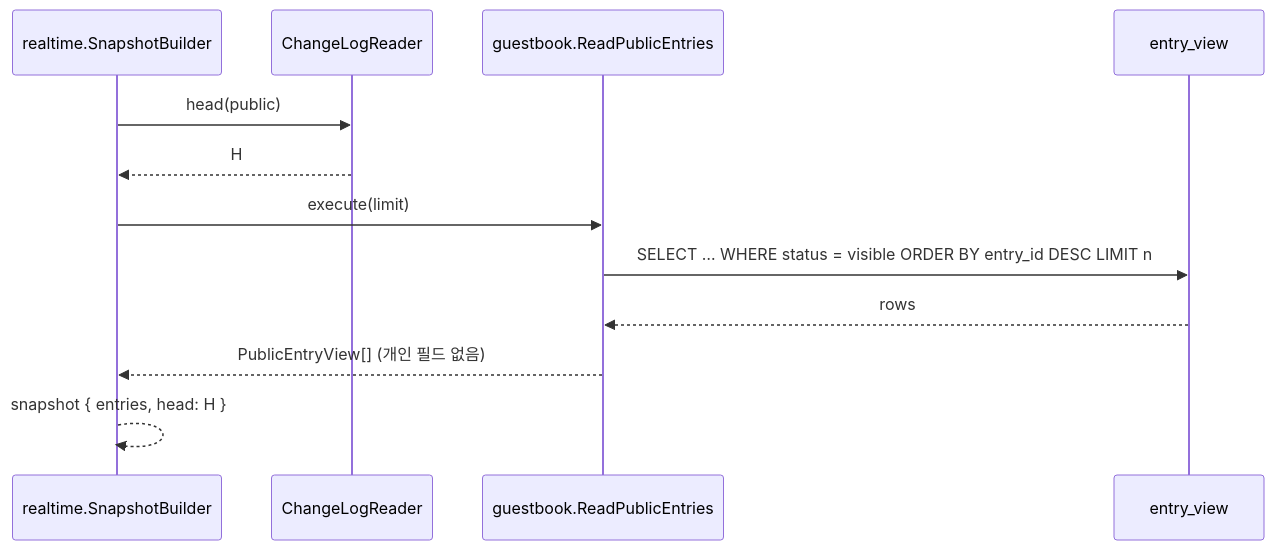
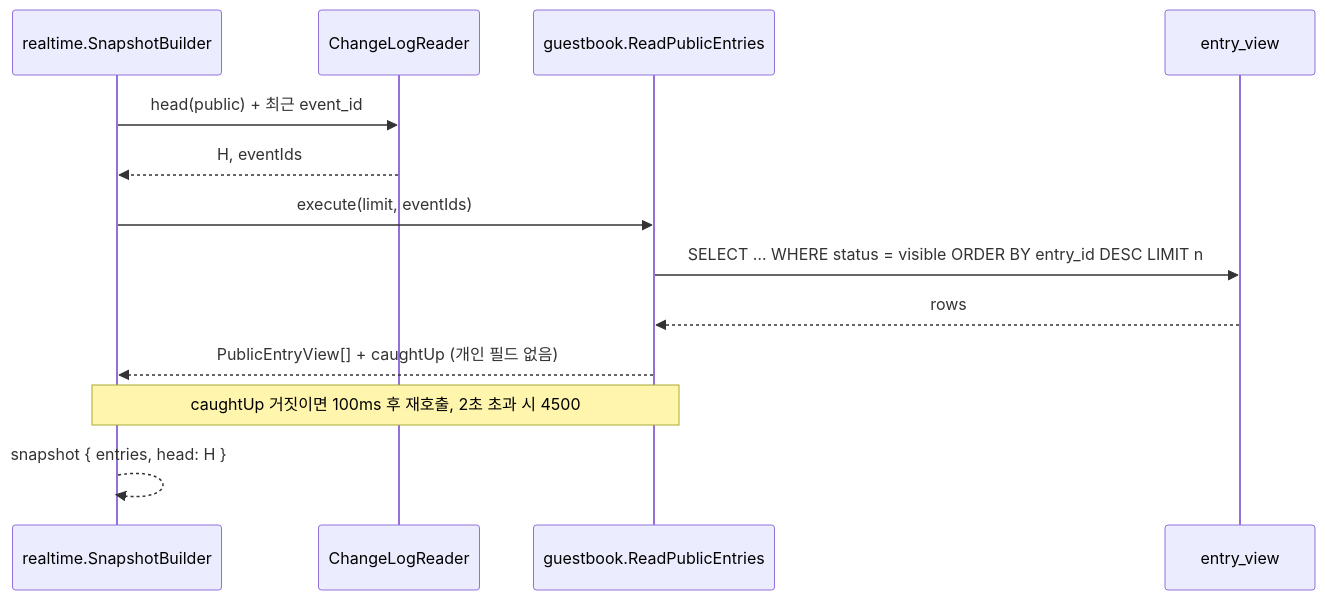
Before and after one commit to 1985jwlee/portpolio_backend: diagram 18 of 21 in docs/design/features/12-guestbook-read.md, drawn with Mermaid. The commit also changed other lines of this file and 27 other files, not shown here.

````diff
--- a/docs/design/features/12-guestbook-read.md
+++ b/docs/design/features/12-guestbook-read.md
@@ -956,14 +956,15 @@
 ```mermaid
 sequenceDiagram
     participant S as realtime.SnapshotBuilder
     participant L as ChangeLogReader
     participant G as guestbook.ReadPublicEntries
     participant V as entry_view
-    S->>L: head(public)
-    L-->>S: H
-    S->>G: execute(limit)
+    S->>L: head(public) + 최근 event_id
+    L-->>S: H, eventIds
+    S->>G: execute(limit, eventIds)
     G->>V: SELECT … WHERE status = visible ORDER BY entry_id DESC LIMIT n
     V-->>G: rows
-    G-->>S: PublicEntryView[] (개인 필드 없음)
+    G-->>S: PublicEntryView[] + caughtUp (개인 필드 없음)
+    Note over S,G: caughtUp 거짓이면 100ms 후 재호출, 2초 초과 시 4500
     S-->>S: snapshot { entries, head: H }
 ```
````
